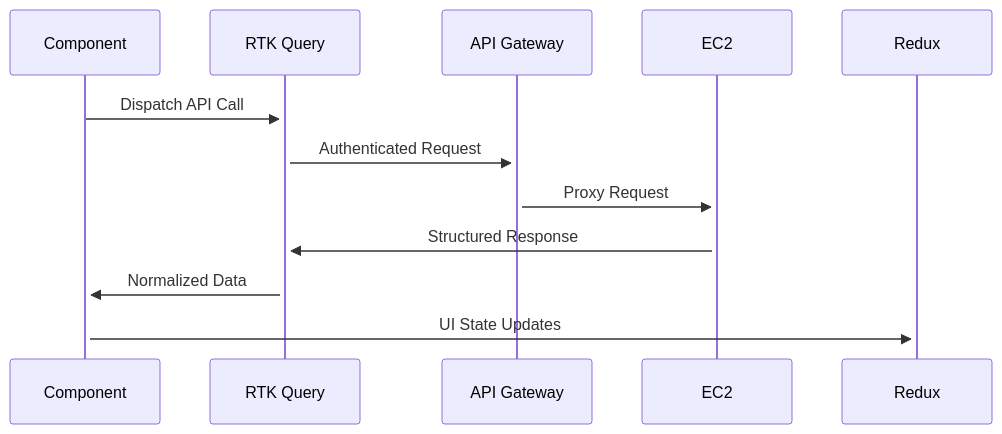
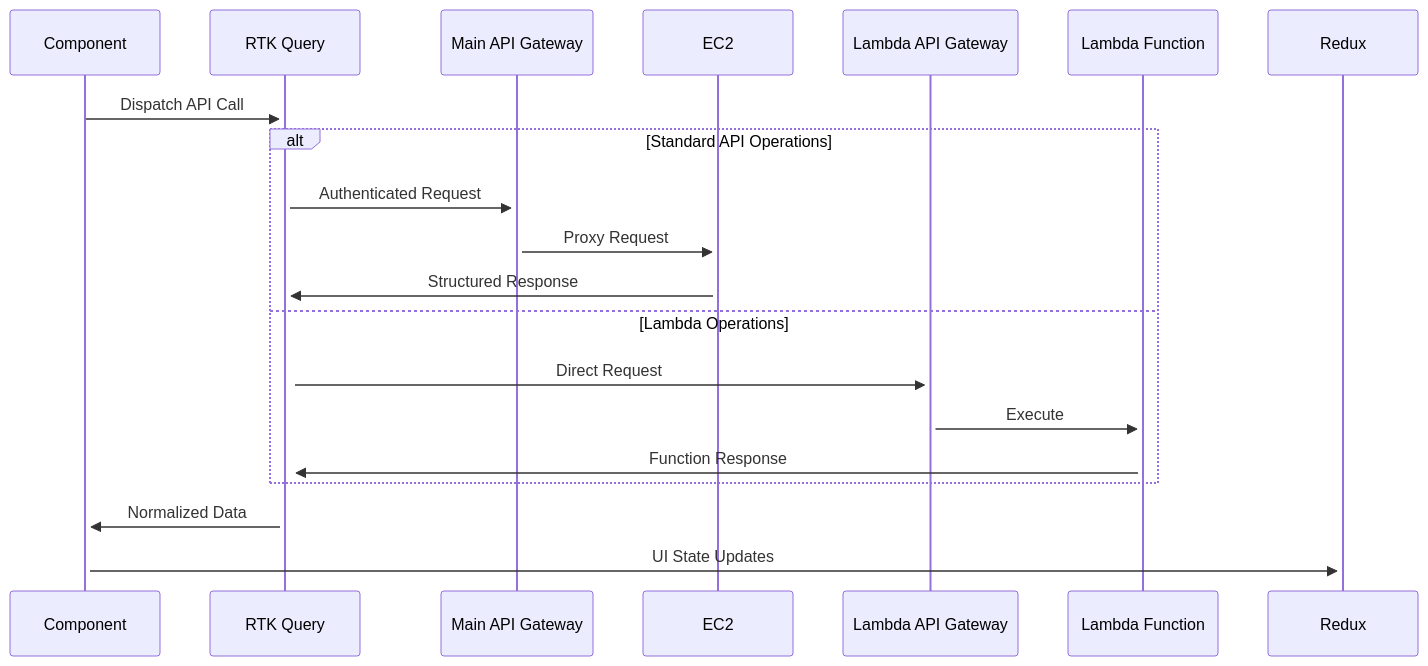
One commit to Huey-Magoos-IT/magooos-site changed the second of 2 diagrams in client/CLIENT_GUIDE.md. Above: the diagram before and after it, drawn with Mermaid. The commit also changed other lines of this file and 7 other files, not shown here.

````diff
--- a/client/CLIENT_GUIDE.md
+++ b/client/CLIENT_GUIDE.md
@@ -155,9 +155,15 @@
 ```mermaid
 sequenceDiagram
     Component->>+RTK Query: Dispatch API Call
-    RTK Query->>+API Gateway: Authenticated Request
-    API Gateway->>+EC2: Proxy Request
-    EC2->>+RTK Query: Structured Response
+    alt Standard API Operations
+        RTK Query->>+Main API Gateway: Authenticated Request
+        Main API Gateway->>+EC2: Proxy Request
+        EC2->>+RTK Query: Structured Response
+    else Lambda Operations
+        RTK Query->>+Lambda API Gateway: Direct Request
+        Lambda API Gateway->>+Lambda Function: Execute
+        Lambda Function->>+RTK Query: Function Response
+    end
     RTK Query->>+Component: Normalized Data
     Component->>+Redux: UI State Updates
 ```
````
